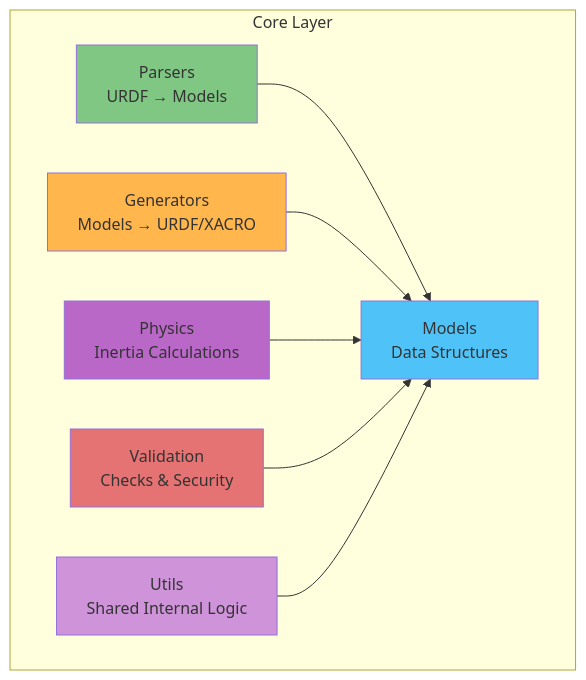
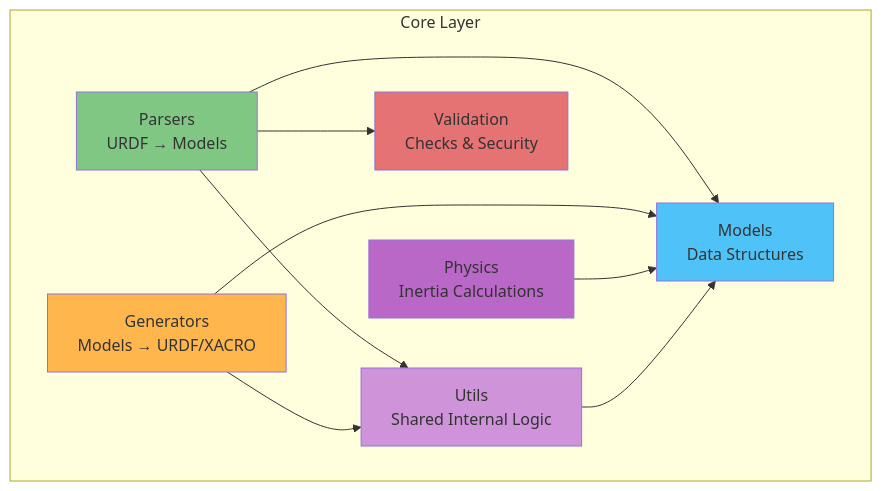
One commit to arounamounchili/linkforge changed the second of 7 diagrams in ARCHITECTURE.md. Above: the diagram before and after it, drawn with Mermaid. The commit also changed other lines of this file and 1 other file, not shown here.

Commit message:
docs: fix architecture diagrams, paths, and remove stale copy

````diff
--- a/ARCHITECTURE.md
+++ b/ARCHITECTURE.md
@@ -69,24 +72,26 @@
 ```mermaid
 graph TB
     subgraph "Core Layer"
         Models[Models<br/>Data Structures]
         Parsers[Parsers<br/>URDF → Models]
         Generators[Generators<br/>Models → URDF/XACRO]
         Physics[Physics<br/>Inertia Calculations]
         Validation[Validation<br/>Checks & Security]
         Utils[Utils<br/>Shared Internal Logic]
     end
 
     Parsers --> Models
+    Parsers --> Utils
+    Parsers --> Validation
     Generators --> Models
+    Generators --> Utils
     Physics --> Models
-    Validation --> Models
     Utils --> Models
 
     style Models fill:#4fc3f7
     style Parsers fill:#81c784
     style Generators fill:#ffb74d
     style Physics fill:#ba68c8
     style Validation fill:#e57373
     style Utils fill:#ce93d8
 ```
````
